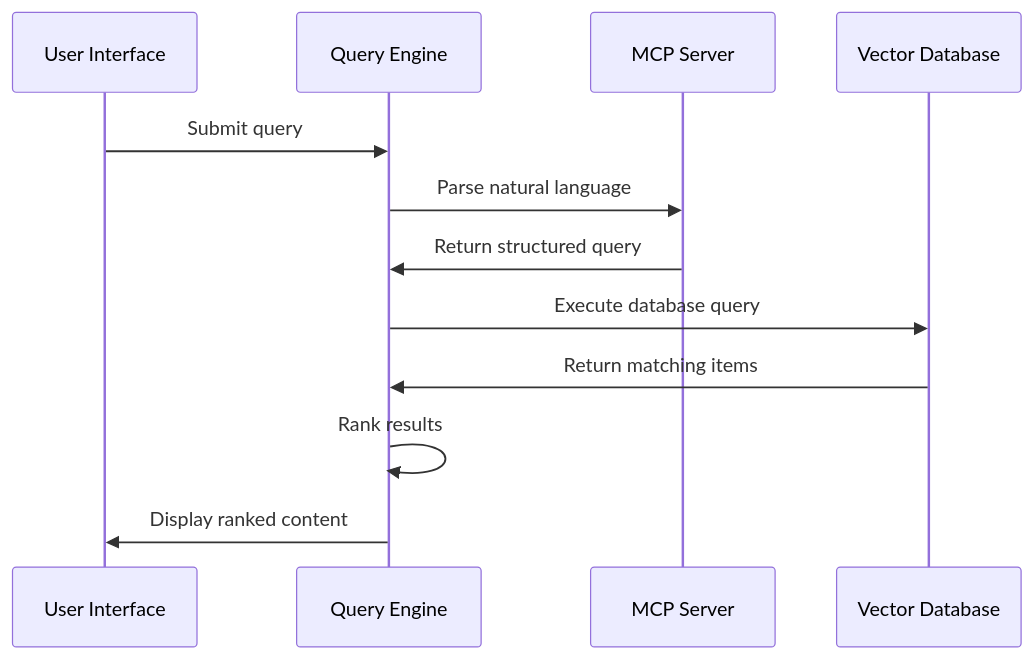
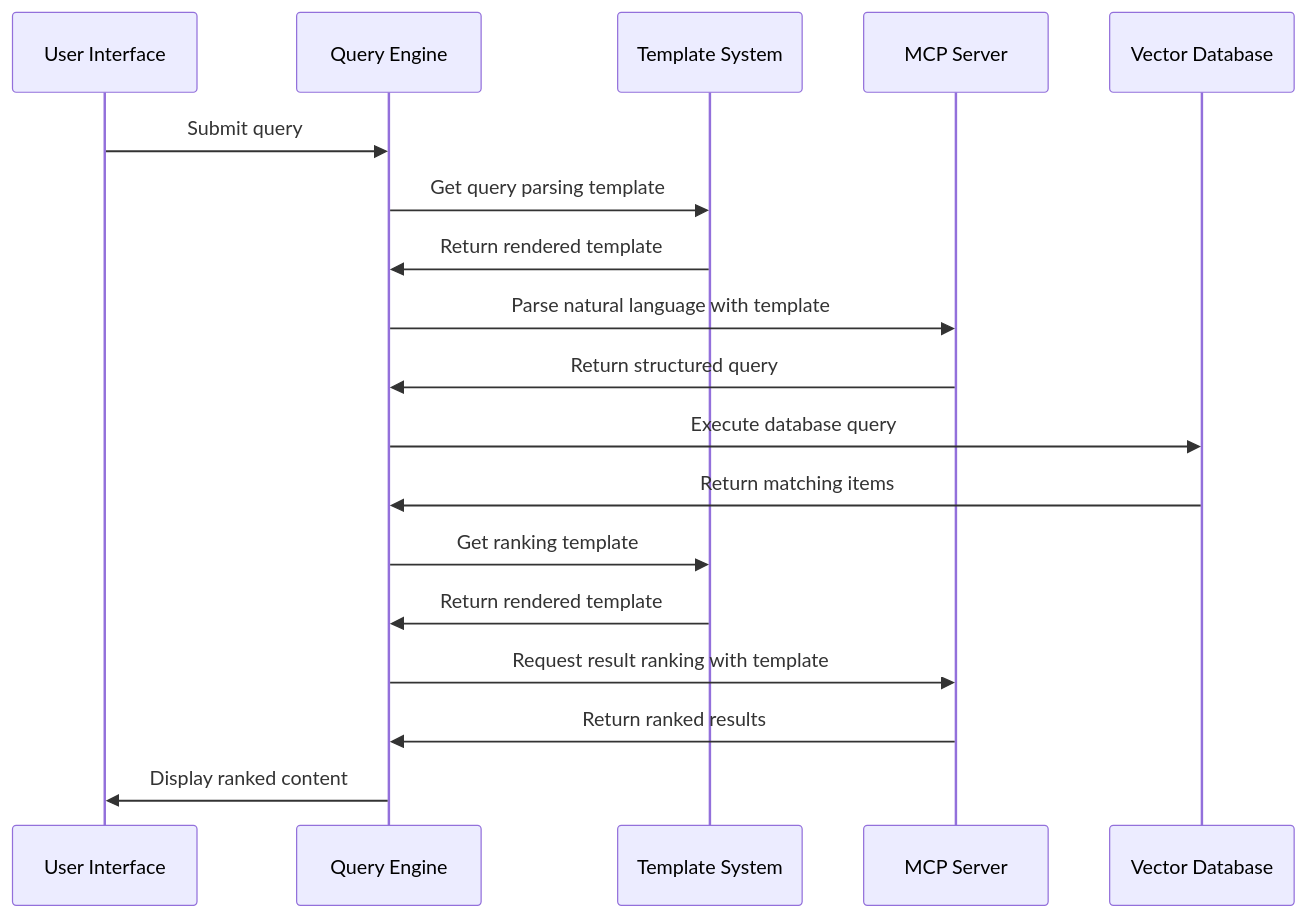
The third of 5 diagrams in docs/prd/architecture.md (mpazaryna/lens), drawn with Mermaid before and after one commit. The commit also changed other lines of this file and 11 other files, not shown here.

````diff
--- a/docs/prd/architecture.md
+++ b/docs/prd/architecture.md
@@ -205,15 +237,21 @@
 ```mermaid
 sequenceDiagram
     participant UI as User Interface
     participant QE as Query Engine
+    participant TS as Template System
     participant MCP as MCP Server
     participant DB as Vector Database
 
     UI->>QE: Submit query
-    QE->>MCP: Parse natural language
+    QE->>TS: Get query parsing template
+    TS->>QE: Return rendered template
+    QE->>MCP: Parse natural language with template
     MCP->>QE: Return structured query
     QE->>DB: Execute database query
     DB->>QE: Return matching items
-    QE->>QE: Rank results
+    QE->>TS: Get ranking template
+    TS->>QE: Return rendered template
+    QE->>MCP: Request result ranking with template
+    MCP->>QE: Return ranked results
     QE->>UI: Display ranked content
 ```
````
